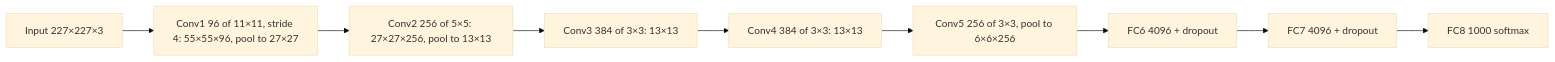
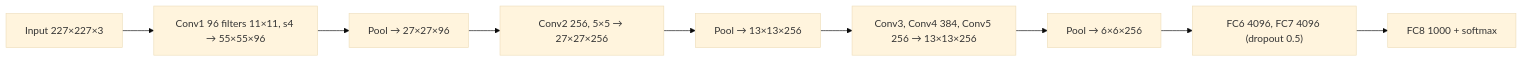
Before and after one commit to TrendySloth1001/sem-seven-notes: the diagram in content/deep-learning/pyq/2024-12/q2b.mdx, drawn with Mermaid (base theme). The commit also changed other lines of this file and 186 other files, not shown here.

````diff
--- a/content/deep-learning/pyq/2024-12/q2b.mdx
+++ b/content/deep-learning/pyq/2024-12/q2b.mdx
@@ -19,12 +11,12 @@
 ```mermaid
-%% caption: AlexNet. Max pooling follows conv1, conv2 and conv5. Dropout is used in the first two fully connected layers.
+%% caption: AlexNet: five convolution layers (with max pooling after 1, 2 and 5) and three fully connected layers.
 flowchart LR
-  A["Input 227×227×3"] --> B["Conv1 96 of 11×11, stride 4: 55×55×96, pool to 27×27"]
-  B --> C["Conv2 256 of 5×5: 27×27×256, pool to 13×13"]
-  C --> D["Conv3 384 of 3×3: 13×13"]
-  D --> E["Conv4 384 of 3×3: 13×13"]
-  E --> F["Conv5 256 of 3×3, pool to 6×6×256"]
-  F --> G["FC6 4096 + dropout"]
-  G --> H["FC7 4096 + dropout"]
-  H --> I["FC8 1000 softmax"]
+  A["Input 227×227×3"] --> B["Conv1 96 filters 11×11, s4 → 55×55×96"]
+  B --> C["Pool → 27×27×96"]
+  C --> D["Conv2 256, 5×5 → 27×27×256"]
+  D --> E["Pool → 13×13×256"]
+  E --> F["Conv3, Conv4 384, Conv5 256 → 13×13×256"]
+  F --> G["Pool → 6×6×256"]
+  G --> H["FC6 4096, FC7 4096 (dropout 0.5)"]
+  H --> I["FC8 1000 + softmax"]
 ```
````
